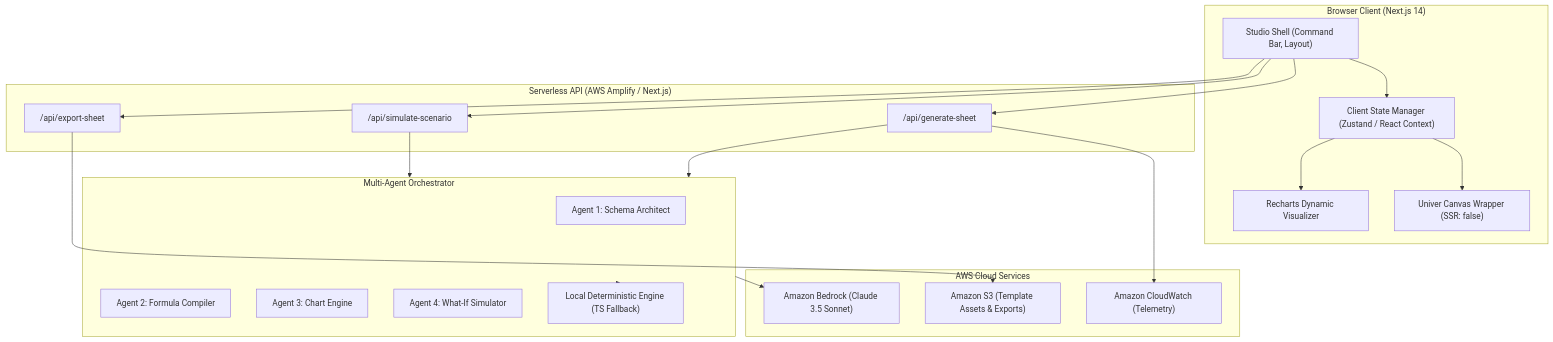
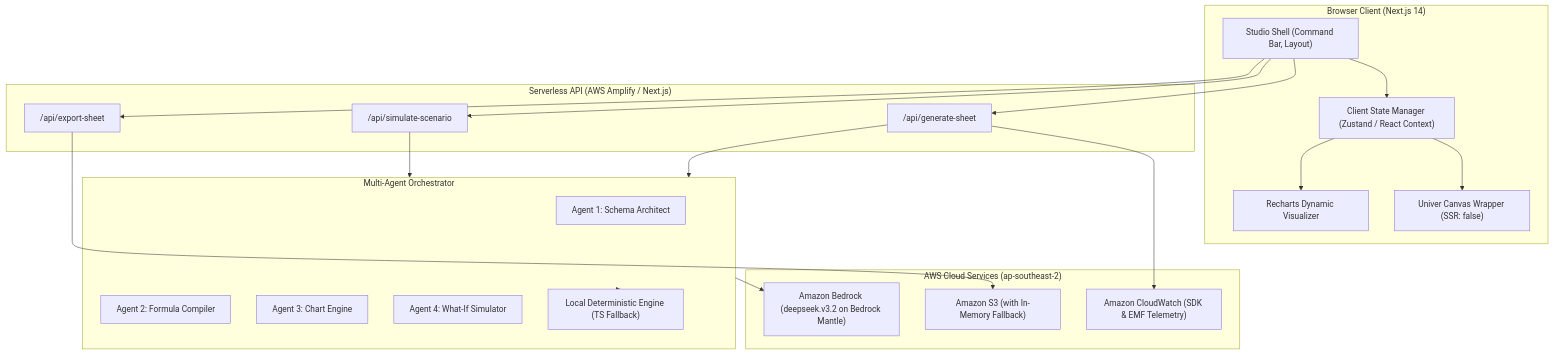
One commit to dippus/sheetbrain-ai changed the diagram in docs/06_ARCHITECTURE.md. Above: the diagram before and after it, drawn with Mermaid. The commit also changed other lines of this file and 13 other files, not shown here.

````diff
--- a/docs/06_ARCHITECTURE.md
+++ b/docs/06_ARCHITECTURE.md
@@ -20,43 +20,43 @@
 ```mermaid
 graph TD
     subgraph BrowserClient ["Browser Client (Next.js 14)"]
         UI["Studio Shell (Command Bar, Layout)"]
         Univer["Univer Canvas Wrapper (SSR: false)"]
         Chart["Recharts Dynamic Visualizer"]
         State["Client State Manager (Zustand / React Context)"]
     end
 
     subgraph ServerlessEdge ["Serverless API (AWS Amplify / Next.js)"]
         GenRoute["/api/generate-sheet"]
         SimRoute["/api/simulate-scenario"]
         ExportRoute["/api/export-sheet"]
     end
 
     subgraph AgentPipeline ["Multi-Agent Orchestrator"]
         Agent1["Agent 1: Schema Architect"]
         Agent2["Agent 2: Formula Compiler"]
         Agent3["Agent 3: Chart Engine"]
         Agent4["Agent 4: What-If Simulator"]
         LocalEng["Local Deterministic Engine (TS Fallback)"]
     end
 
-    subgraph CloudServices ["AWS Cloud Services"]
-        Bedrock["Amazon Bedrock (Claude 3.5 Sonnet)"]
-        CloudWatch["Amazon CloudWatch (Telemetry)"]
-        S3["Amazon S3 (Template Assets & Exports)"]
+    subgraph CloudServices ["AWS Cloud Services (ap-southeast-2)"]
+        Bedrock["Amazon Bedrock (deepseek.v3.2 on Bedrock Mantle)"]
+        CloudWatch["Amazon CloudWatch (SDK & EMF Telemetry)"]
+        S3["Amazon S3 (with In-Memory Fallback)"]
     end
 
     UI --> State
     State --> Univer
     State --> Chart
     UI --> GenRoute
     UI --> SimRoute
     UI --> ExportRoute
 
     GenRoute --> AgentPipeline
     SimRoute --> AgentPipeline
     AgentPipeline --> Bedrock
     AgentPipeline -.-> LocalEng
     GenRoute --> CloudWatch
     ExportRoute --> S3
 ```
````
